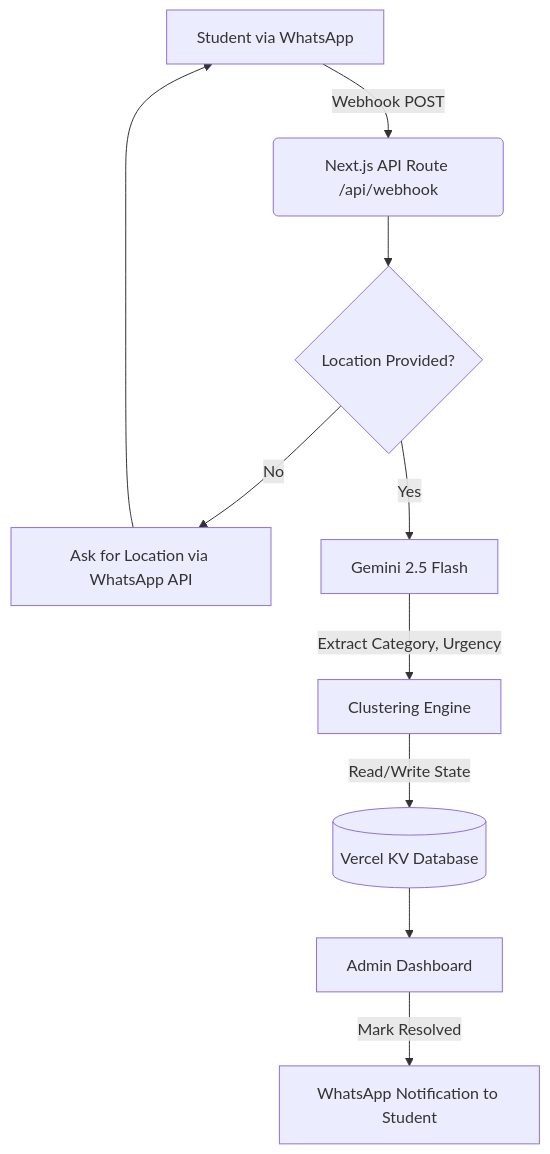
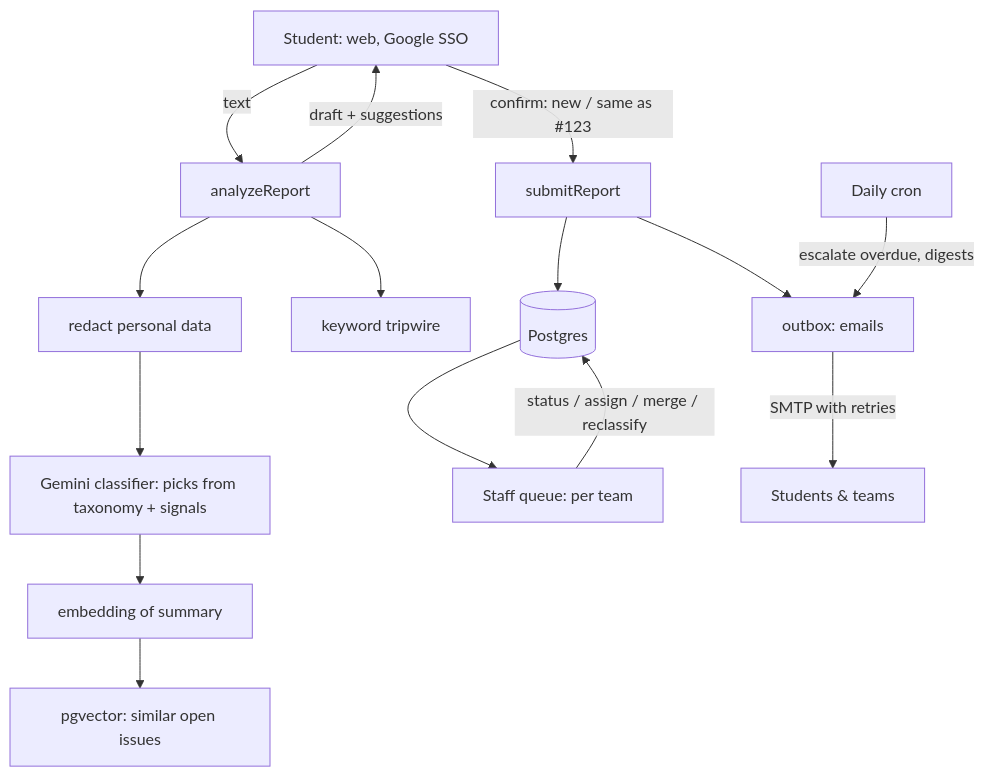
The diagram in docs/ProjectDocumentation.md (chiklitgohil/dau-pulse), drawn with Mermaid before and after one commit. The commit also changed other lines of this file and 99 other files, not shown here.

````diff
--- a/docs/ProjectDocumentation.md
+++ b/docs/ProjectDocumentation.md
@@ -7,12 +22,17 @@
 ```mermaid
 graph TD
-    A[Student via WhatsApp] -->|Webhook POST| B(Next.js API Route /api/webhook)
-    B --> C{Location Provided?}
-    C -->|No| D[Ask for Location via WhatsApp API]
-    D --> A
-    C -->|Yes| E[Gemini 2.5 Flash]
-    E -->|Extract Category, Urgency| F[Clustering Engine]
-    F -->|Read/Write State| G[(Vercel KV Database)]
-    G --> H[Admin Dashboard]
-    H -->|Mark Resolved| I[WhatsApp Notification to Student]
+  S[Student: web, Google SSO] -->|text| A[analyzeReport]
+  A --> R[redact personal data]
+  R --> C[Gemini classifier: picks from taxonomy + signals]
+  A --> T[keyword tripwire]
+  C --> E[embedding of summary]
+  E --> M[pgvector: similar open issues]
+  A -->|draft + suggestions| S
+  S -->|confirm: new / same as #123| B[submitReport]
+  B --> DB[(Postgres)]
+  B --> O[outbox: emails]
+  DB --> Q[Staff queue: per team]
+  Q -->|status / assign / merge / reclassify| DB
+  J[Daily cron] -->|escalate overdue, digests| O
+  O -->|SMTP with retries| Mail[Students & teams]
 ```
````
